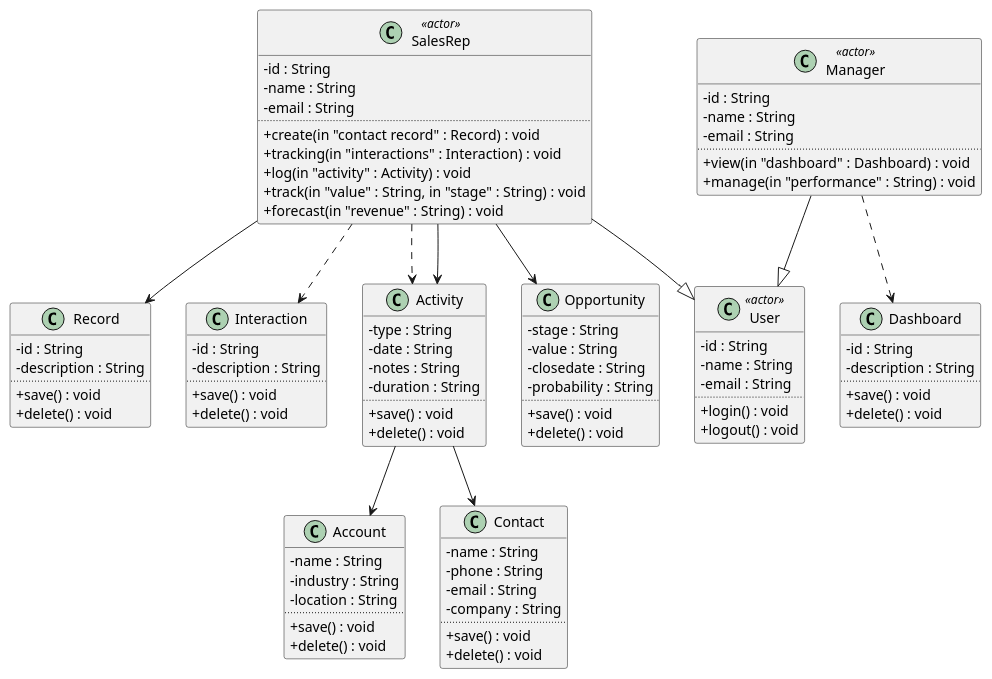
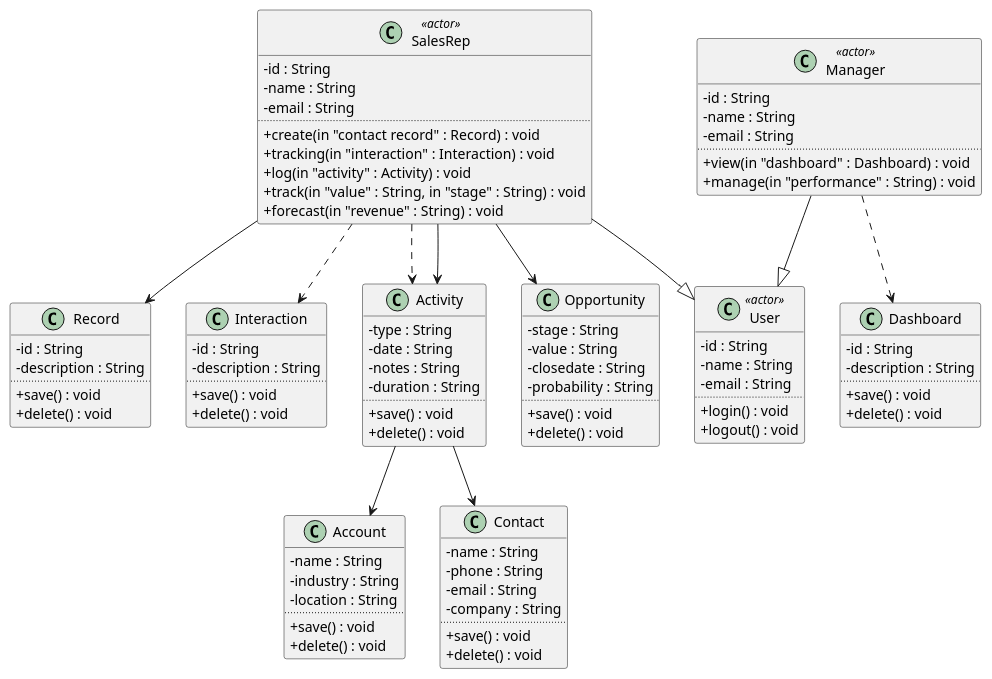
Before and after one commit to qamaruddin-qureshi/fyp-uml-diagram-generator: the diagram in user_stories/golden_puml/class_test_CRM_System.puml, drawn with PlantUML. The commit also changed 7 other files, not shown here.

```diff
--- a/user_stories/golden_puml/class_test_CRM_System.puml
+++ b/user_stories/golden_puml/class_test_CRM_System.puml
@@ -1,96 +1,96 @@
 @startuml
 skinparam classAttributeIconSize 0
 class "SalesRep" as SalesRep <<actor>> {
   -id : String
   -name : String
   -email : String
   ..
   +create(in "contact record" : Record) : void
-  +tracking(in "interactions" : Interaction) : void
+  +tracking(in "interaction" : Interaction) : void
   +log(in "activity" : Activity) : void
   +track(in "value" : String, in "stage" : String) : void
   +forecast(in "revenue" : String) : void
 }
 class "Record" as Record  {
   -id : String
   -description : String
   ..
   +save() : void
   +delete() : void
 }
 class "Interaction" as Interaction  {
   -id : String
   -description : String
   ..
   +save() : void
   +delete() : void
 }
 class "User" as User <<actor>> {
   -id : String
   -name : String
   -email : String
   ..
   +login() : void
   +logout() : void
 }
 class "Account" as Account  {
   -name : String
   -industry : String
   -location : String
   ..
   +save() : void
   +delete() : void
 }
 class "Activity" as Activity  {
   -type : String
   -date : String
   -notes : String
   -duration : String
   ..
   +save() : void
   +delete() : void
 }
 class "Contact" as Contact  {
   -name : String
   -phone : String
   -email : String
   -company : String
   ..
   +save() : void
   +delete() : void
 }
 class "Opportunity" as Opportunity  {
   -stage : String
   -value : String
   -closedate : String
   -probability : String
   ..
   +save() : void
   +delete() : void
 }
 class "Manager" as Manager <<actor>> {
   -id : String
   -name : String
   -email : String
   ..
   +view(in "dashboard" : Dashboard) : void
   +manage(in "performance" : String) : void
 }
 class "Dashboard" as Dashboard  {
   -id : String
   -description : String
   ..
   +save() : void
   +delete() : void
 }
 SalesRep --> Record
 SalesRep ..> Interaction
 SalesRep --|> User
 SalesRep ..> Activity
 SalesRep --> Activity
 Activity --> Contact
 Activity --> Account
 SalesRep --> Opportunity
 Manager ..> Dashboard
 Manager --|> User
 @enduml
```
